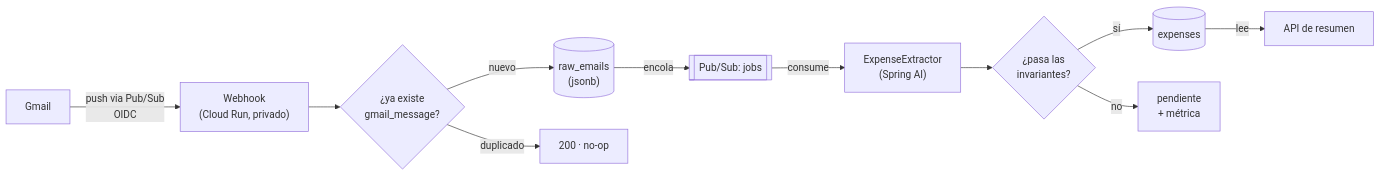
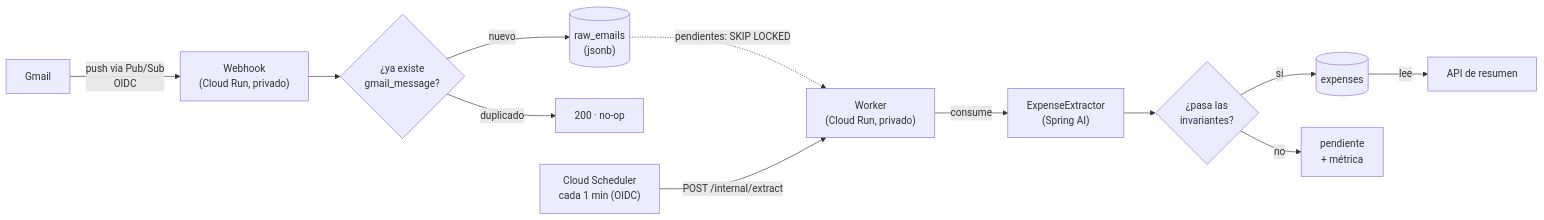
Before and after one commit to fperezlefiman/expense-tracker: the diagram in README.md, drawn with Mermaid. The commit also changed other lines of this file and 3 other files, not shown here.

First line of the commit message:
docs: Pub/Sub is transport only, the table is the job queue (ADR 0008)

````diff
--- a/README.md
+++ b/README.md
@@ -20,13 +20,14 @@
 ```mermaid
 flowchart LR
     G[Gmail] -->|"push via Pub/Sub<br/>OIDC"| W["Webhook<br/>(Cloud Run, privado)"]
     W --> ID{"¿ya existe<br/>gmail_message?"}
     ID -->|"nuevo"| RAW[("raw_emails<br/>(jsonb)")]
     ID -->|"duplicado"| NOOP["200 · no-op"]
-    RAW -->|"encola"| Q[["Pub/Sub: jobs"]]
-    Q -->|"consume"| EX["ExpenseExtractor<br/>(Spring AI)"]
+    RAW -.->|"pendientes: SKIP LOCKED"| WK["Worker<br/>(Cloud Run, privado)"]
+    SCH["Cloud Scheduler<br/>cada 1 min (OIDC)"] -->|"POST /internal/extract"| WK
+    WK -->|"consume"| EX["ExpenseExtractor<br/>(Spring AI)"]
     EX --> VAL{"¿pasa las<br/>invariantes?"}
     VAL -->|"sí"| EXP[("expenses")]
     VAL -->|"no"| RETRY["pendiente<br/>+ métrica"]
     EXP -->|"lee"| API["API de resumen"]
 ```
````
